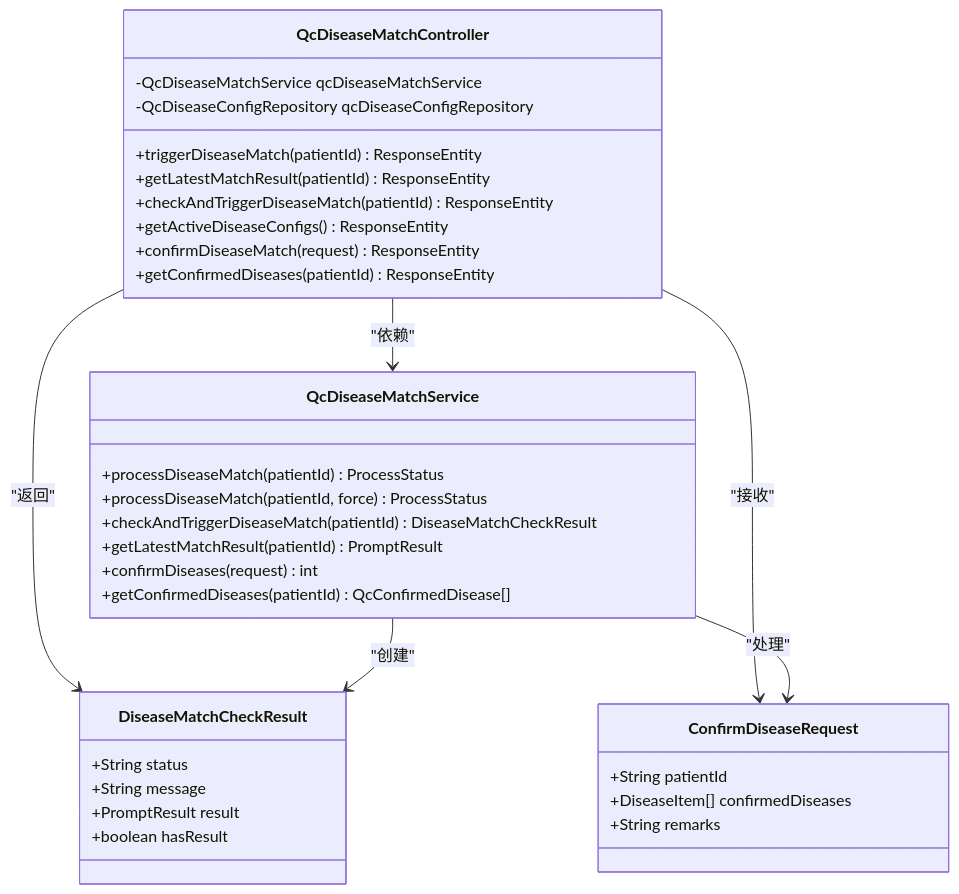
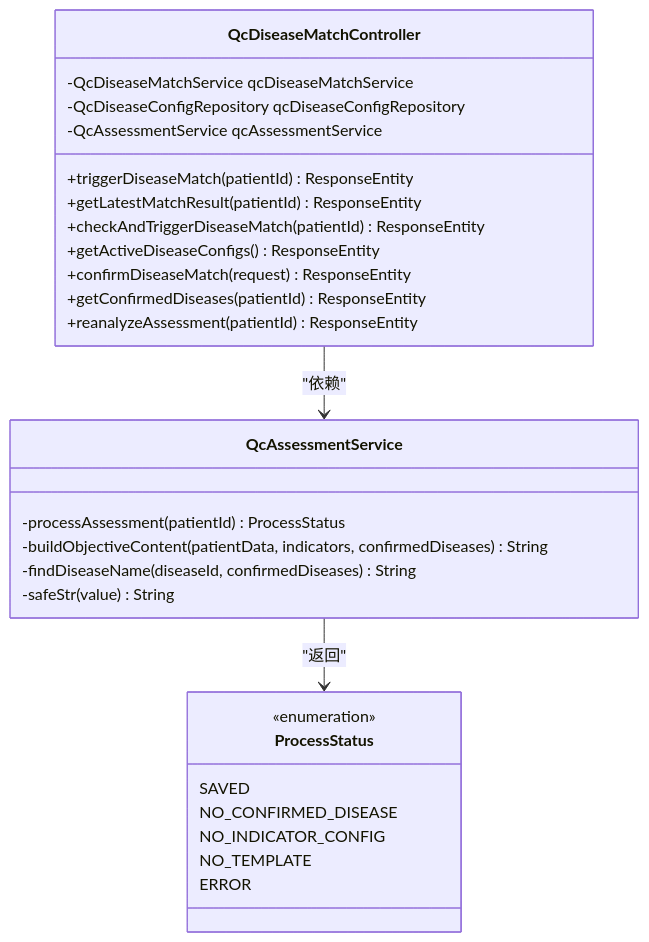
One commit to liuzh2008/med_ai_assistant_workspace changed the third of 11 diagrams in .qoder/repowiki/zh/content/QC评估引擎.md. Above: the diagram before and after it, drawn with Mermaid. The commit also changed other lines of this file and 5 other files, not shown here.

````diff
--- a/.qoder/repowiki/zh/content/QC评估引擎.md
+++ b/.qoder/repowiki/zh/content/QC评估引擎.md
@@ -196,37 +210,31 @@
 ```mermaid
 classDiagram
 class QcDiseaseMatchController {
 -QcDiseaseMatchService qcDiseaseMatchService
 -QcDiseaseConfigRepository qcDiseaseConfigRepository
+-QcAssessmentService qcAssessmentService
 +triggerDiseaseMatch(patientId) ResponseEntity
 +getLatestMatchResult(patientId) ResponseEntity
 +checkAndTriggerDiseaseMatch(patientId) ResponseEntity
 +getActiveDiseaseConfigs() ResponseEntity
 +confirmDiseaseMatch(request) ResponseEntity
 +getConfirmedDiseases(patientId) ResponseEntity
++reanalyzeAssessment(patientId) ResponseEntity
 }
-class QcDiseaseMatchService {
-+processDiseaseMatch(patientId) ProcessStatus
-+processDiseaseMatch(patientId, force) ProcessStatus
-+checkAndTriggerDiseaseMatch(patientId) DiseaseMatchCheckResult
-+getLatestMatchResult(patientId) PromptResult
-+confirmDiseases(request) int
-+getConfirmedDiseases(patientId) QcConfirmedDisease[]
+class QcAssessmentService {
+-processAssessment(patientId) ProcessStatus
+-buildObjectiveContent(patientData, indicators, confirmedDiseases) String
+-findDiseaseName(diseaseId, confirmedDiseases) String
+-safeStr(value) String
 }
-class ConfirmDiseaseRequest {
-+String patientId
-+DiseaseItem[] confirmedDiseases
-+String remarks
+class ProcessStatus {
+<<enumeration>>
+SAVED
+NO_CONFIRMED_DISEASE
+NO_INDICATOR_CONFIG
+NO_TEMPLATE
+ERROR
 }
-class DiseaseMatchCheckResult {
-+String status
-+String message
-+PromptResult result
-+boolean hasResult
-}
-QcDiseaseMatchController --> QcDiseaseMatchService : "依赖"
-QcDiseaseMatchController --> DiseaseMatchCheckResult : "返回"
-QcDiseaseMatchController --> ConfirmDiseaseRequest : "接收"
-QcDiseaseMatchService --> DiseaseMatchCheckResult : "创建"
-QcDiseaseMatchService --> ConfirmDiseaseRequest : "处理"
+QcDiseaseMatchController --> QcAssessmentService : "依赖"
+QcAssessmentService --> ProcessStatus : "返回"
 ```
````
